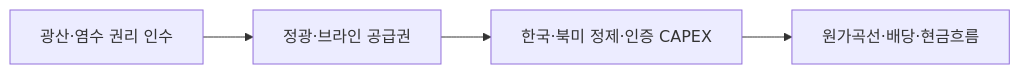
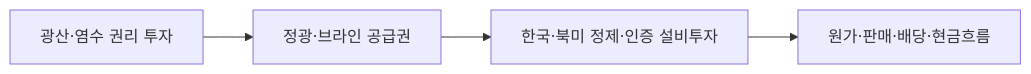
The diagram in market-sensing-wiki/signals/SIG-BD81BF99EDC7.md (arik1988/posco-market-sensing-wiki), drawn with Mermaid before and after one commit. The commit also changed other lines of this file and 143 other files, not shown here.

````diff
--- a/market-sensing-wiki/signals/SIG-BD81BF99EDC7.md
+++ b/market-sensing-wiki/signals/SIG-BD81BF99EDC7.md
@@ -47,6 +49,6 @@
 ```mermaid
 flowchart LR
- A[광산·염수 권리 인수] --> B[정광·브라인 공급권]
- B --> C[한국·북미 정제·인증 CAPEX]
- C --> D[원가곡선·배당·현금흐름]
+ A[광산·염수 권리 투자] --> B[정광·브라인 공급권]
+ B --> C[한국·북미 정제·인증 설비투자]
+ C --> D[원가·판매·배당·현금흐름]
 ```
````
